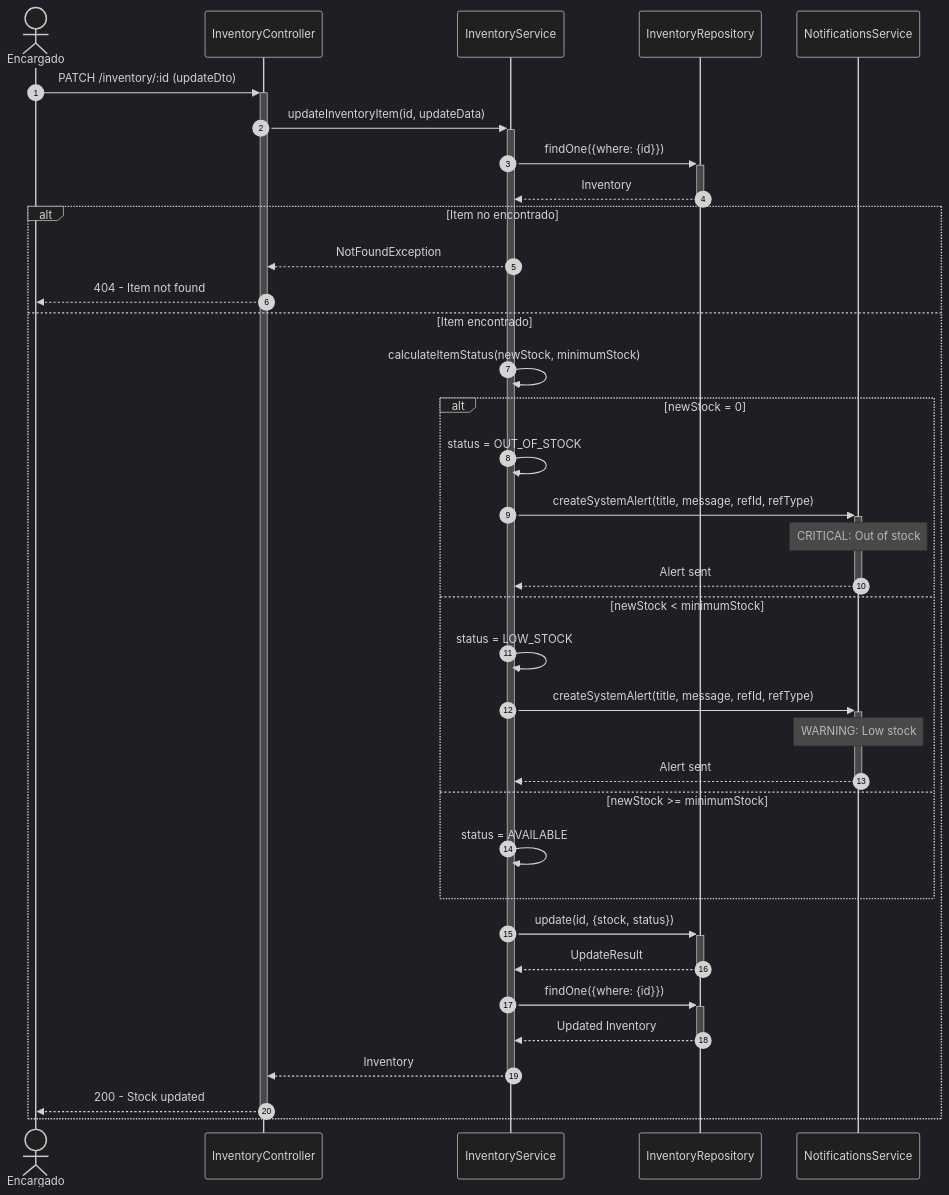
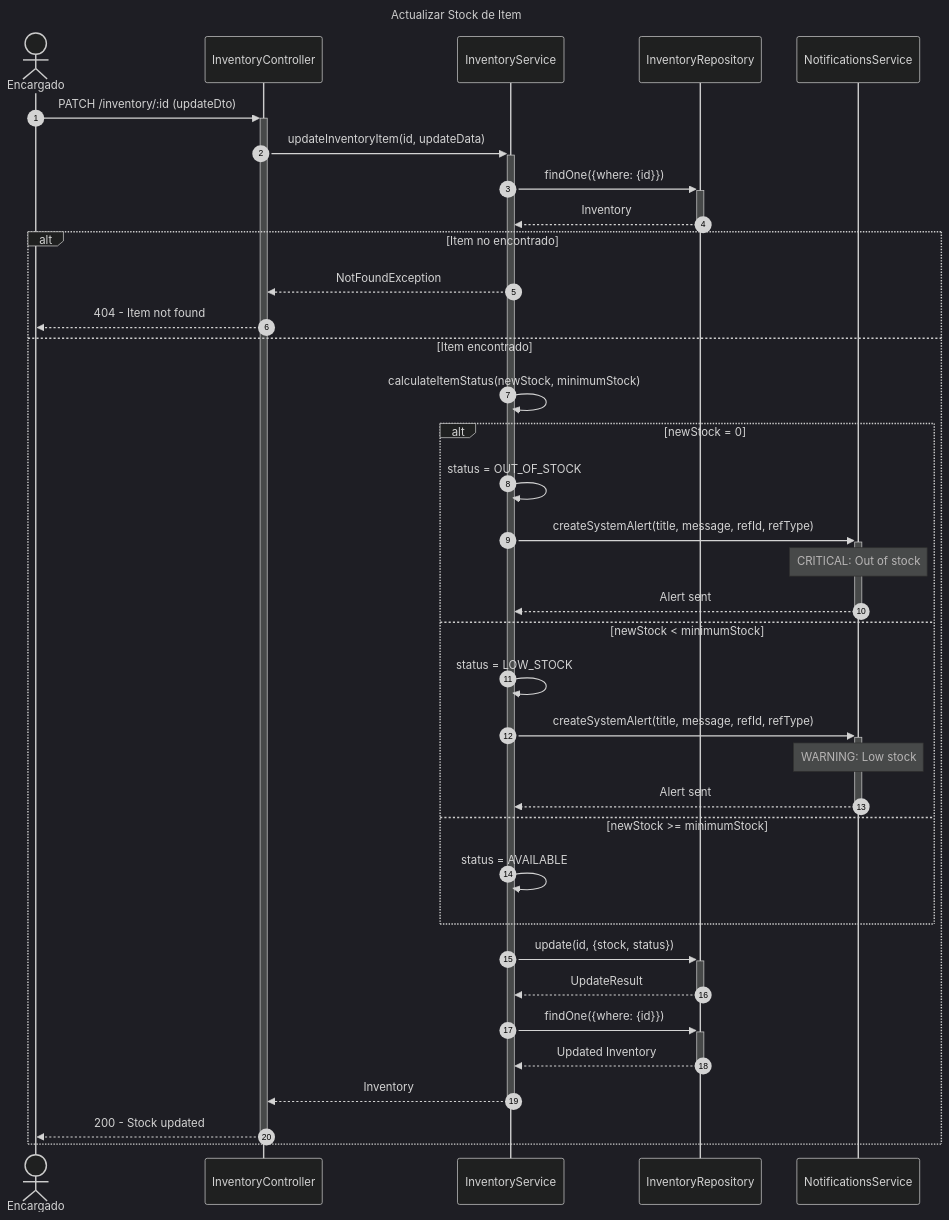
One commit to Nick220505/hotelier-backend changed the second of 8 diagrams in diagrams/sequence/inventory-sequence-diagram.md. Above: the diagram before and after it, drawn with Mermaid (dark theme). The commit also changed other lines of this file and 5 other files, not shown here.

Commit message:
Add titles to sequence diagrams for Billing, Employees, Inventory, Reservations, Restaurant, and Users modules

````diff
--- a/diagrams/sequence/inventory-sequence-diagram.md
+++ b/diagrams/sequence/inventory-sequence-diagram.md
@@ -44,45 +47,48 @@
 ```mermaid
+---
+title: Actualizar Stock de Item
+---
 sequenceDiagram
     autonumber
     actor Encargado
     participant Controller as InventoryController
     participant Service as InventoryService
     participant InventoryRepo as InventoryRepository
     participant Notifications as NotificationsService
 
     Encargado->>+Controller: PATCH /inventory/:id (updateDto)
     Controller->>+Service: updateInventoryItem(id, updateData)
     
     Service->>+InventoryRepo: findOne({where: {id}})
     InventoryRepo-->>-Service: Inventory
     
     alt Item no encontrado
         Service-->>Controller: NotFoundException
         Controller-->>Encargado: 404 - Item not found
     else Item encontrado
         Service->>Service: calculateItemStatus(newStock, minimumStock)
         
         alt newStock = 0
             Service->>Service: status = OUT_OF_STOCK
             Service->>+Notifications: createSystemAlert(title, message, refId, refType)
             Note over Notifications: CRITICAL: Out of stock
             Notifications-->>-Service: Alert sent
         else newStock < minimumStock
             Service->>Service: status = LOW_STOCK
             Service->>+Notifications: createSystemAlert(title, message, refId, refType)
             Note over Notifications: WARNING: Low stock
             Notifications-->>-Service: Alert sent
         else newStock >= minimumStock
             Service->>Service: status = AVAILABLE
         end
         
         Service->>+InventoryRepo: update(id, {stock, status})
         InventoryRepo-->>-Service: UpdateResult
         
         Service->>+InventoryRepo: findOne({where: {id}})
         InventoryRepo-->>-Service: Updated Inventory
         
         Service-->>-Controller: Inventory
         Controller-->>-Encargado: 200 - Stock updated
     end
 ```
````
